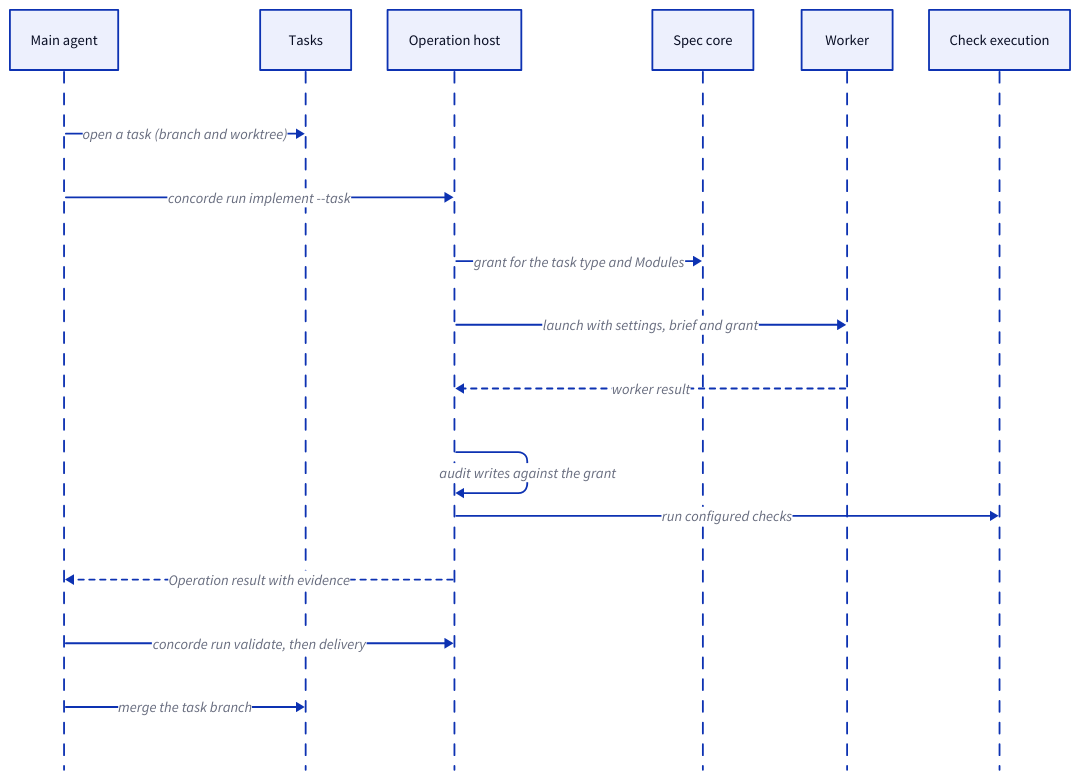
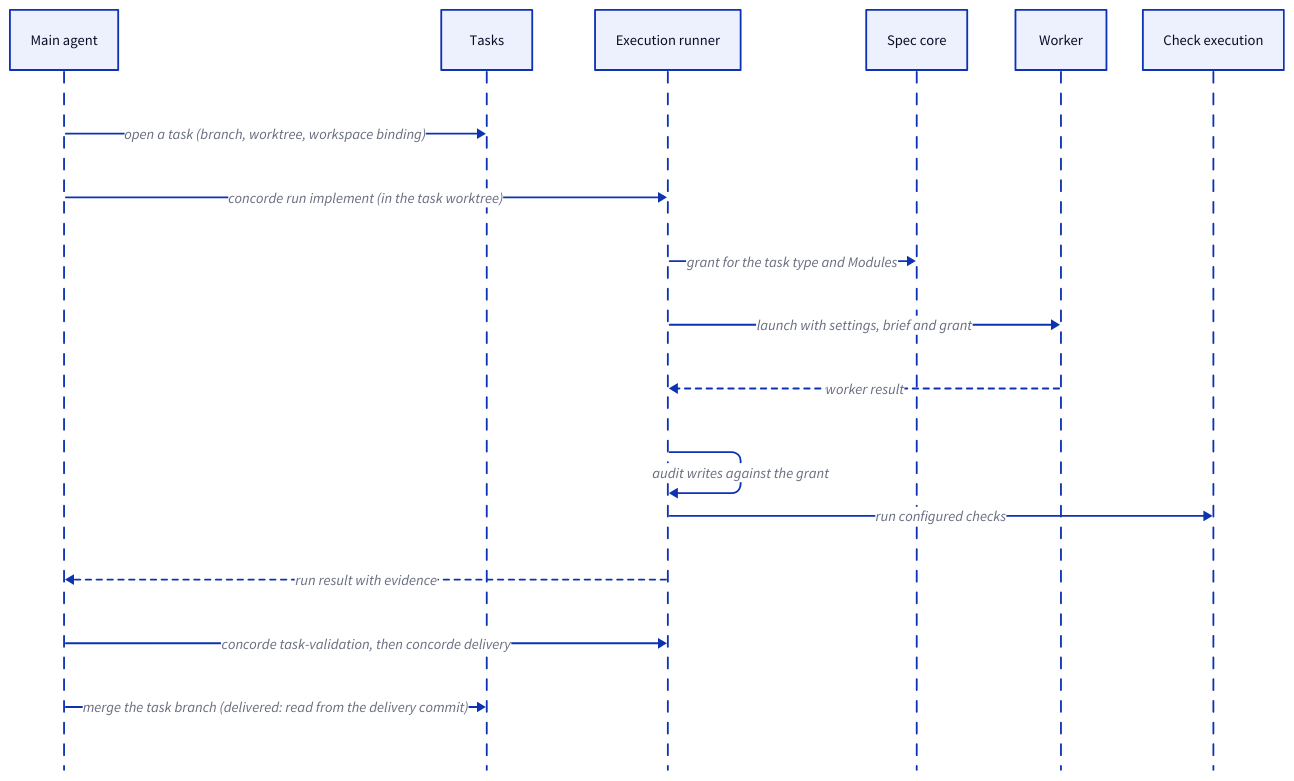
Before and after one commit to FTOD/concorde: the third of 5 diagrams in specs/concorde/module.md, drawn with D2. The commit also changed other lines of this file and 339 other files, not shown here.

First line of the commit message:
Decouple the task level from the execution core through a workspace binding

````diff
--- a/specs/concorde/module.md
+++ b/specs/concorde/module.md
@@ -183,19 +221,19 @@
 ```d2 illustrative
 shape: sequence_diagram
 m: Main agent
 t: Tasks
-o: Operation host
+r: Execution runner
 s: Spec core
 w: Worker
 c: Check execution
-m -> t: open a task (branch and worktree)
-m -> o: concorde run implement --task
-o -> s: grant for the task type and Modules
-o -> w: launch with settings, brief and grant
-w -> o: worker result {style.stroke-dash: 3}
-o -> o: audit writes against the grant
-o -> c: run configured checks
-o -> m: Operation result with evidence {style.stroke-dash: 3}
-m -> o: concorde run validate, then delivery
-m -> t: merge the task branch
+m -> t: open a task (branch, worktree, workspace binding)
+m -> r: concorde run implement (in the task worktree)
+r -> s: grant for the task type and Modules
+r -> w: launch with settings, brief and grant
+w -> r: worker result {style.stroke-dash: 3}
+r -> r: audit writes against the grant
+r -> c: run configured checks
+r -> m: run result with evidence {style.stroke-dash: 3}
+m -> r: concorde task-validation, then concorde delivery
+m -> t: merge the task branch (delivered: read from the delivery commit)
 ```
````
